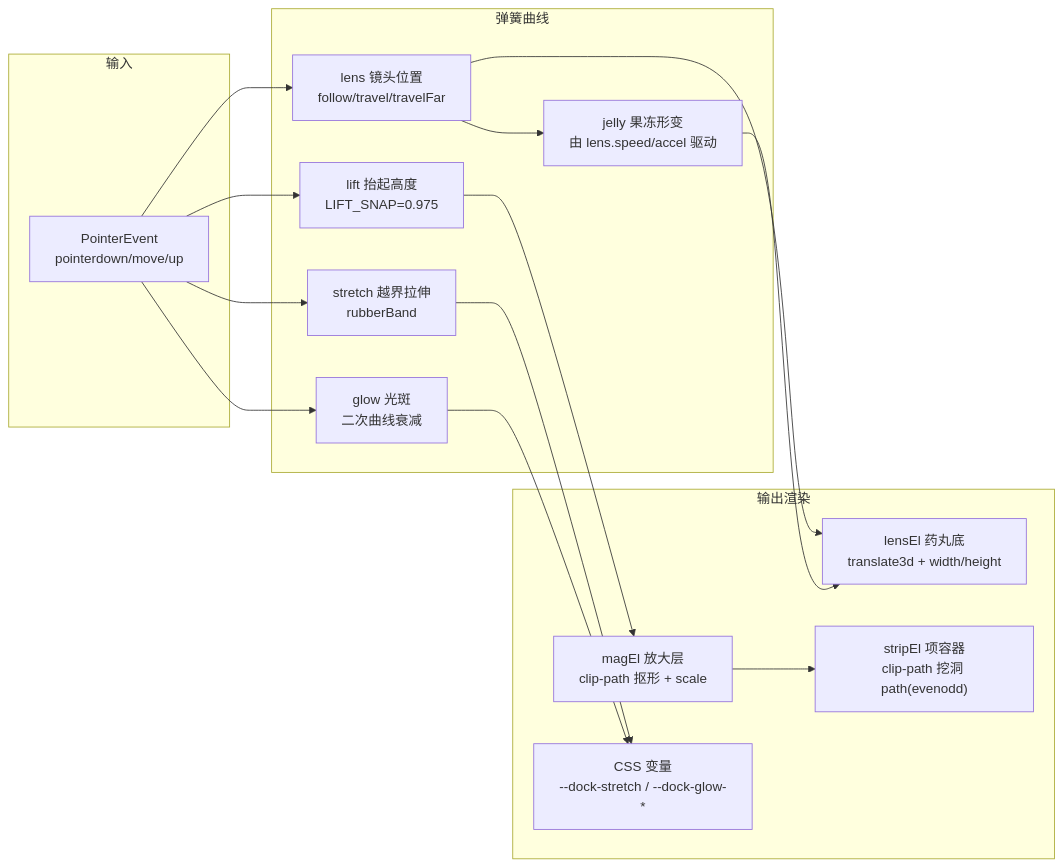
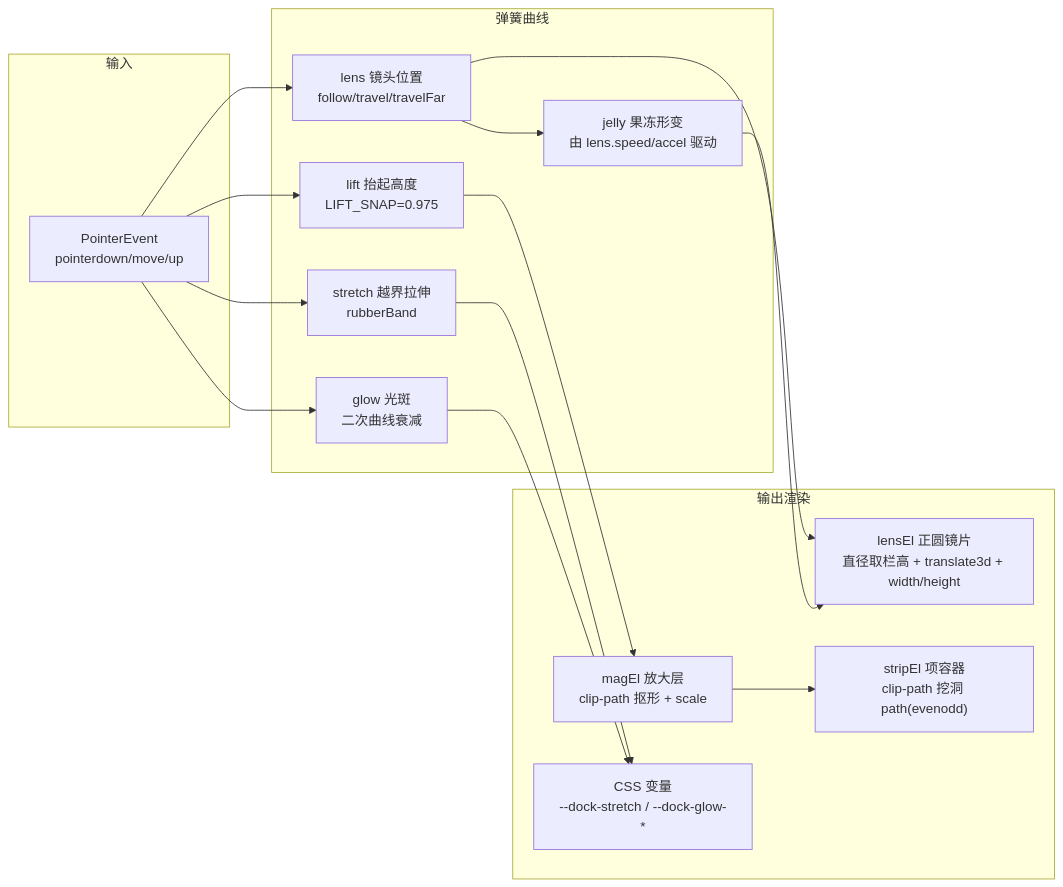
Before and after one commit to ikliml666/Wxxy-CampusLogin: the second of 5 diagrams in .codewiki/modules/desktop-frontend-utilities-libraries.md, drawn with Mermaid. The commit also changed other lines of this file and 3 other files, not shown here.

````diff
--- a/.codewiki/modules/desktop-frontend-utilities-libraries.md
+++ b/.codewiki/modules/desktop-frontend-utilities-libraries.md
@@ -233,31 +233,31 @@
 ```mermaid
 flowchart LR
     subgraph 输入
         A["PointerEvent<br/>pointerdown/move/up"]
     end
     subgraph 弹簧曲线
         B["lens 镜头位置<br/>follow/travel/travelFar"]
         C["lift 抬起高度<br/>LIFT_SNAP=0.975"]
         D["jelly 果冻形变<br/>由 lens.speed/accel 驱动"]
         E["stretch 越界拉伸<br/>rubberBand"]
         F["glow 光斑<br/>二次曲线衰减"]
     end
     subgraph 输出渲染
-        G["lensEl 药丸底<br/>translate3d + width/height"]
+        G["lensEl 正圆镜片<br/>直径取栏高 + translate3d + width/height"]
         H["magEl 放大层<br/>clip-path 抠形 + scale"]
         I["stripEl 项容器<br/>clip-path 挖洞 path(evenodd)"]
         J["CSS 变量<br/>--dock-stretch / --dock-glow-*"]
     end
 
     A --> B
     A --> C
     A --> E
     A --> F
     B --> D
     B --> G
     C --> H
     D --> G
     H --> I
     E --> J
     F --> J
 ```
````
